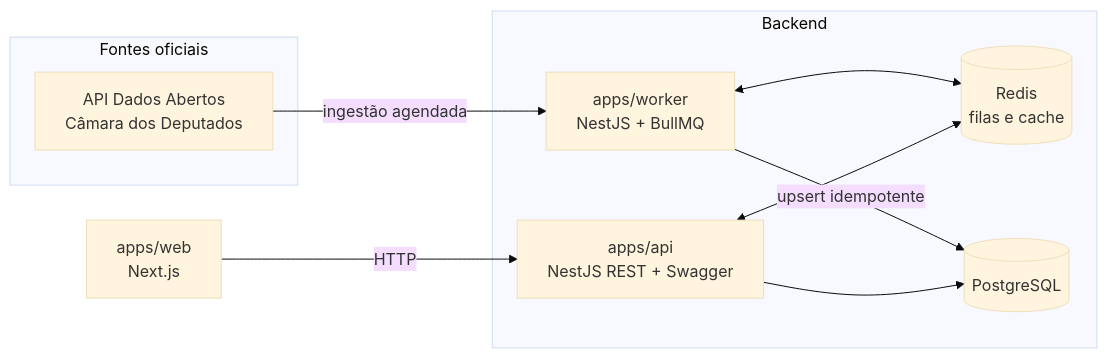
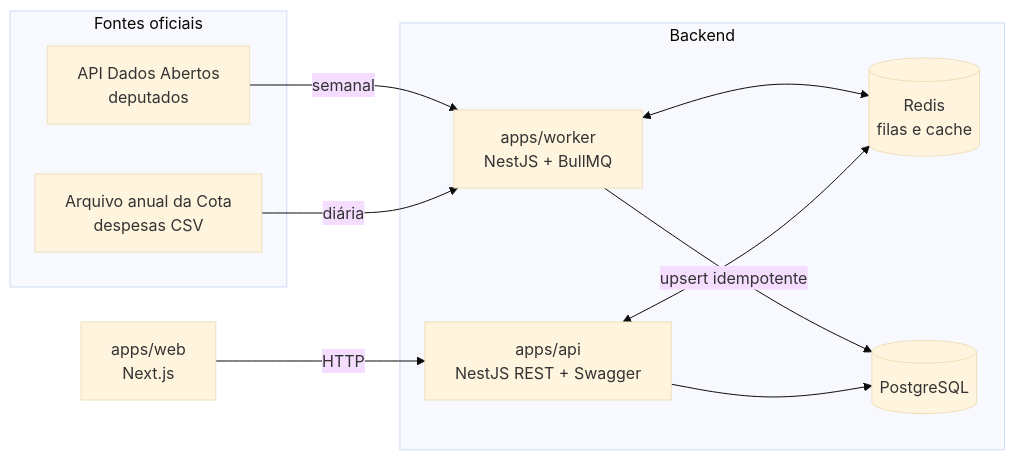
Before and after one commit to KevenGoulart/Government-Tracking: the diagram in README.md, drawn with Mermaid (base theme). The commit also changed other lines of this file and 1 other file, not shown here.

````diff
--- a/README.md
+++ b/README.md
@@ -11,22 +11,24 @@
 ```mermaid
 flowchart LR
   subgraph Fontes oficiais
-    CAM[API Dados Abertos<br/>Câmara dos Deputados]
+    CAM[API Dados Abertos<br/>deputados]
+    COTA[Arquivo anual da Cota<br/>despesas CSV]
   end
 
   subgraph Backend
     WK[apps/worker<br/>NestJS + BullMQ]
     RD[(Redis<br/>filas e cache)]
     PG[(PostgreSQL)]
     API[apps/api<br/>NestJS REST + Swagger]
   end
 
   WEB[apps/web<br/>Next.js]
 
-  CAM -- ingestão agendada --> WK
+  CAM -- semanal --> WK
+  COTA -- diária --> WK
   WK <--> RD
   WK -- upsert idempotente --> PG
   API --> PG
   API <--> RD
   WEB -- HTTP --> API
 ```
````
